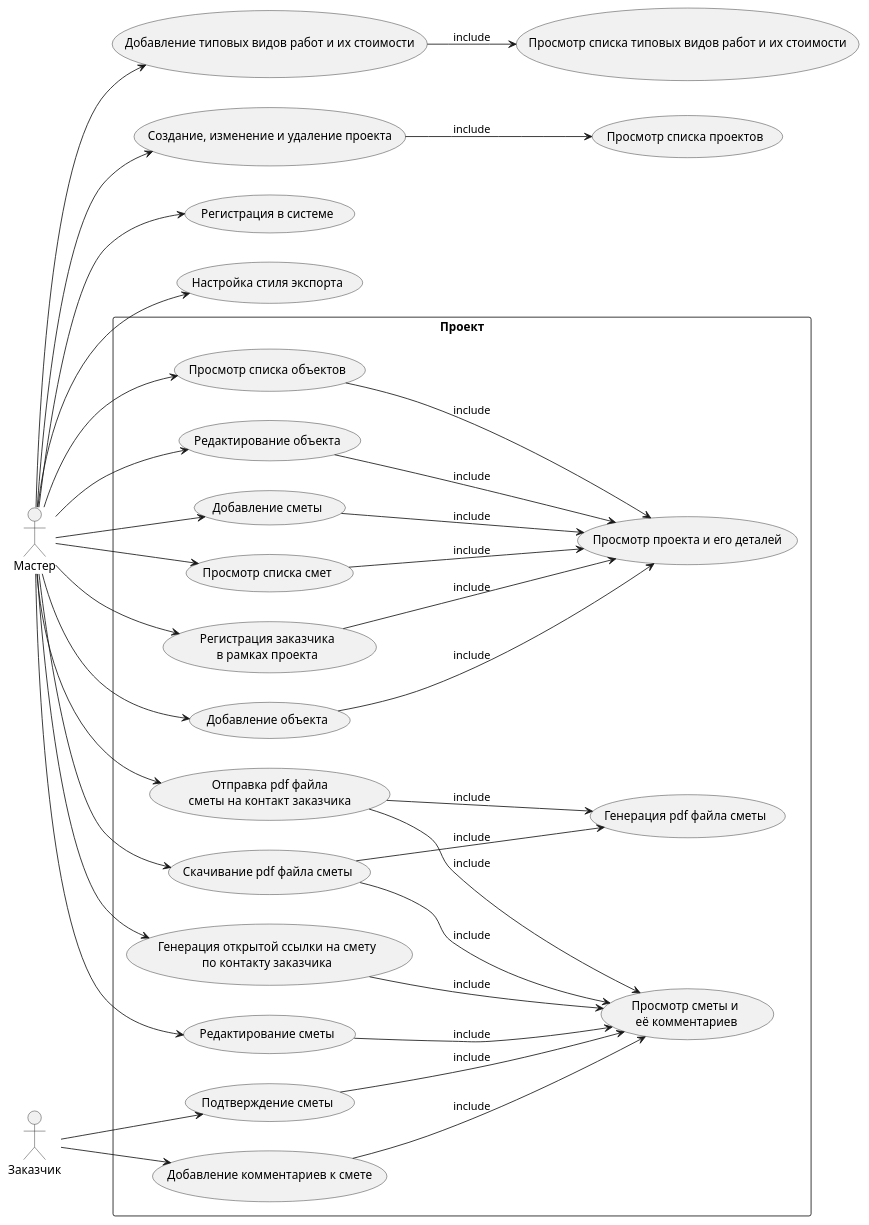
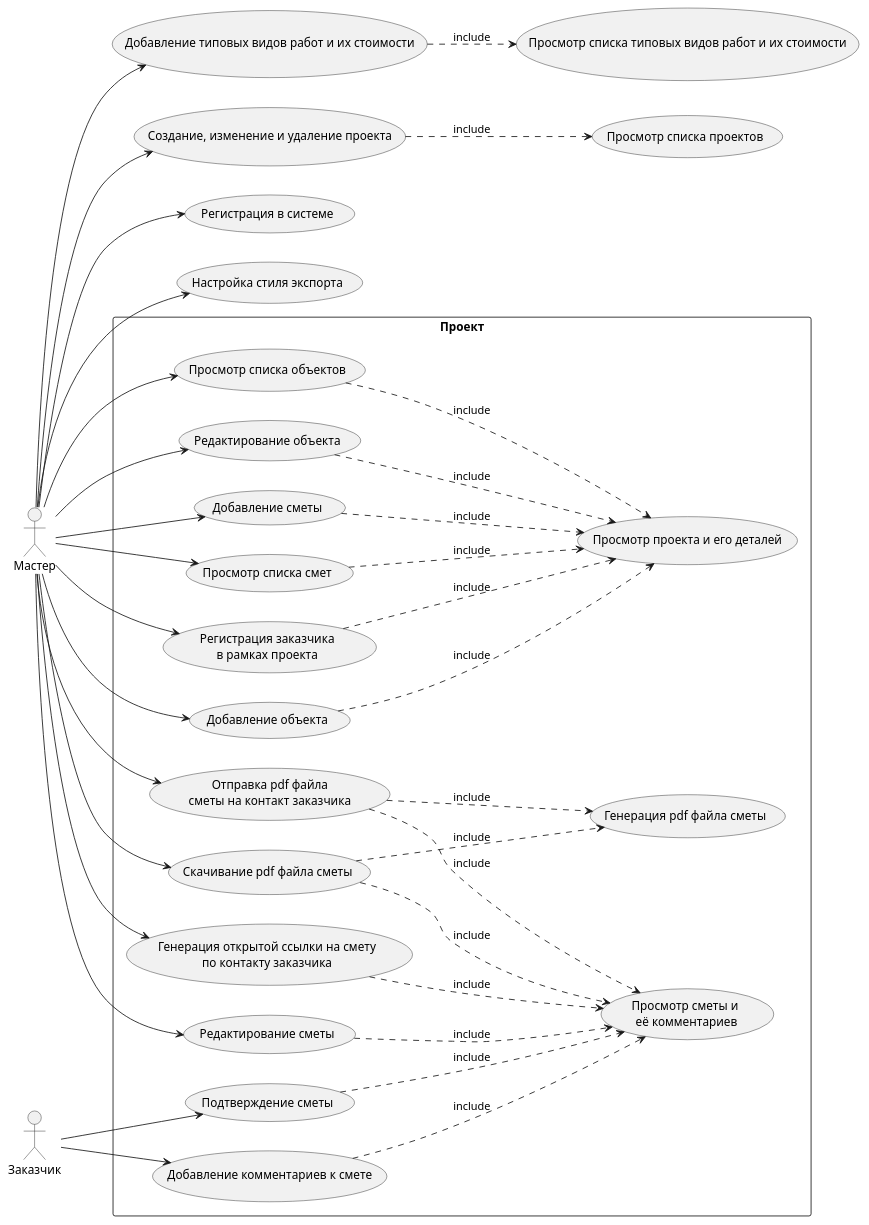
Before and after one commit to mrr000/gb_module2: the diagram in 1/1.wsd, drawn with PlantUML. The commit also changed 5 other files, not shown here.

Commit message:
Updates diagramms by comment, adds images to readme

```diff
--- a/1/1.wsd
+++ b/1/1.wsd
@@ -1,46 +1,46 @@
-@startuml
+@startuml MainUseCase
 left to right direction
 skinparam packageStyle rectangle
 
 actor Мастер
 actor Заказчик
 
 Мастер --> (Регистрация в системе)
 Мастер --> (Настройка стиля экспорта)
 Мастер --> (Добавление типовых видов работ и их стоимости)
-(Добавление типовых видов работ и их стоимости) --> (Просмотр списка типовых видов работ и их стоимости) : "include"
+(Добавление типовых видов работ и их стоимости) -.> (Просмотр списка типовых видов работ и их стоимости) : "include"
 
 Мастер --> (Создание, изменение и удаление проекта)
-(Создание, изменение и удаление проекта) --> (Просмотр списка проектов) : "include"
+(Создание, изменение и удаление проекта) -.> (Просмотр списка проектов) : "include"
 
 rectangle Проект {
     Мастер --> (Регистрация заказчика\nв рамках проекта)
     Мастер --> (Добавление объекта)
     Мастер --> (Просмотр списка объектов)
     Мастер --> (Редактирование объекта)
     Мастер --> (Добавление сметы)
     Мастер --> (Редактирование сметы)
     Мастер --> (Отправка pdf файла\nсметы на контакт заказчика)
     Мастер --> (Скачивание pdf файла сметы)
     Мастер --> (Генерация открытой ссылки на смету\nпо контакту заказчика)
     Мастер --> (Просмотр списка смет)
     Заказчик --> (Подтверждение сметы)
     Заказчик --> (Добавление комментариев к смете)
 
-    (Регистрация заказчика\nв рамках проекта) --> (Просмотр проекта и его деталей) : "include"
-    (Добавление объекта) --> (Просмотр проекта и его деталей) : "include"
-    (Редактирование объекта) --> (Просмотр проекта и его деталей) : "include"
-    (Добавление сметы) --> (Просмотр проекта и его деталей) : "include"
-    (Просмотр списка смет) --> (Просмотр проекта и его деталей) : "include"
-    (Просмотр списка объектов) --> (Просмотр проекта и его деталей) : "include"
-    (Редактирование сметы) --> (Просмотр сметы и\n её комментариев) : "include"
-    (Подтверждение сметы) --> (Просмотр сметы и\n её комментариев) : "include"
-    (Добавление комментариев к смете) --> (Просмотр сметы и\n её комментариев) : "include"
-    (Скачивание pdf файла сметы) --> (Просмотр сметы и\n её комментариев) : "include"
-    (Отправка pdf файла\nсметы на контакт заказчика) --> (Просмотр сметы и\n её комментариев) : "include"
-    (Генерация открытой ссылки на смету\nпо контакту заказчика) --> (Просмотр сметы и\n её комментариев) : "include"
+    (Регистрация заказчика\nв рамках проекта) -.> (Просмотр проекта и его деталей) : "include"
+    (Добавление объекта) -.> (Просмотр проекта и его деталей) : "include"
+    (Редактирование объекта) -.> (Просмотр проекта и его деталей) : "include"
+    (Добавление сметы) -.> (Просмотр проекта и его деталей) : "include"
+    (Просмотр списка смет) -.> (Просмотр проекта и его деталей) : "include"
+    (Просмотр списка объектов) -.> (Просмотр проекта и его деталей) : "include"
+    (Редактирование сметы) -.> (Просмотр сметы и\n её комментариев) : "include"
+    (Подтверждение сметы) -.> (Просмотр сметы и\n её комментариев) : "include"
+    (Добавление комментариев к смете) -.> (Просмотр сметы и\n её комментариев) : "include"
+    (Скачивание pdf файла сметы) -.> (Просмотр сметы и\n её комментариев) : "include"
+    (Отправка pdf файла\nсметы на контакт заказчика) -.> (Просмотр сметы и\n её комментариев) : "include"
+    (Генерация открытой ссылки на смету\nпо контакту заказчика) -.> (Просмотр сметы и\n её комментариев) : "include"
 
-    (Отправка pdf файла\nсметы на контакт заказчика) --> (Генерация pdf файла сметы) : "include"
-    (Скачивание pdf файла сметы) --> (Генерация pdf файла сметы) : "include"
+    (Отправка pdf файла\nсметы на контакт заказчика) -.> (Генерация pdf файла сметы) : "include"
+    (Скачивание pdf файла сметы) -.> (Генерация pdf файла сметы) : "include"
 }
 @enduml
```
